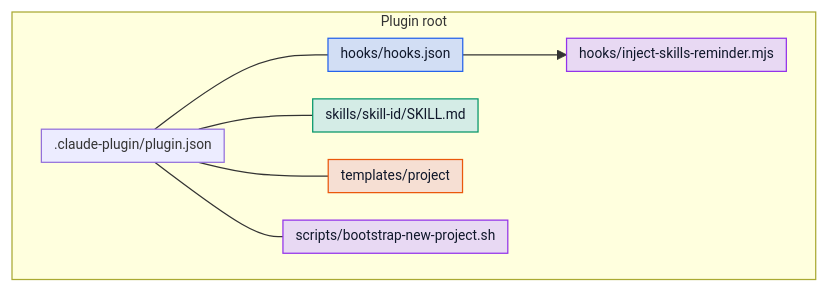
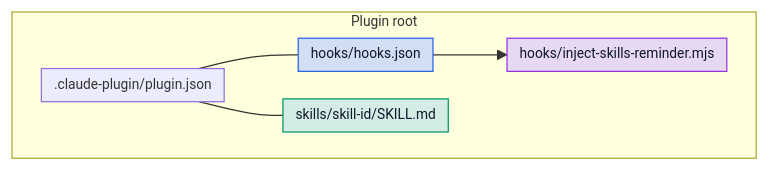
One commit to Pasanbasuru/company-plugin changed the first of 6 diagrams in plugin/README.md. Above: the diagram before and after it, drawn with Mermaid. The commit also changed other lines of this file and 5 other files, not shown here.

First line of the commit message:
refactor: delete plugin/scripts/ and plugin/templates/, preserve only .env deny rules in README

````diff
--- a/plugin/README.md
+++ b/plugin/README.md
@@ -160,26 +176,20 @@
 ```mermaid
 %%{init: {"themeVariables": {"fontSize": "11px"}, "flowchart": {"padding": 5, "nodeSpacing": 22, "rankSpacing": 22, "diagramPadding": 4}}}%%
 flowchart TB
 classDef hooks fill:#d2def4,stroke:#2563eb,color:#0f172a
 classDef scripts fill:#e8d9f3,stroke:#9333ea,color:#0f172a
 classDef skills fill:#d4ece6,stroke:#059669,color:#0f172a
 classDef templates fill:#f6dfd3,stroke:#ea580c,color:#0f172a
   subgraph root ["Plugin root"]
     PJ[".claude-plugin/plugin.json"]
     HK["hooks/hooks.json"]
     SCR["hooks/inject-skills-reminder.mjs"]
     SK["skills/skill-id/SKILL.md"]
-    TM["templates/project"]
-    BS["scripts/bootstrap-new-project.sh"]
   end
   PJ --- HK
   HK --> SCR
   PJ --- SK
-  PJ --- TM
-  PJ --- BS
 class HK hooks
 class SCR scripts
 class SK skills
-class TM templates
-class BS scripts
 ```
````
